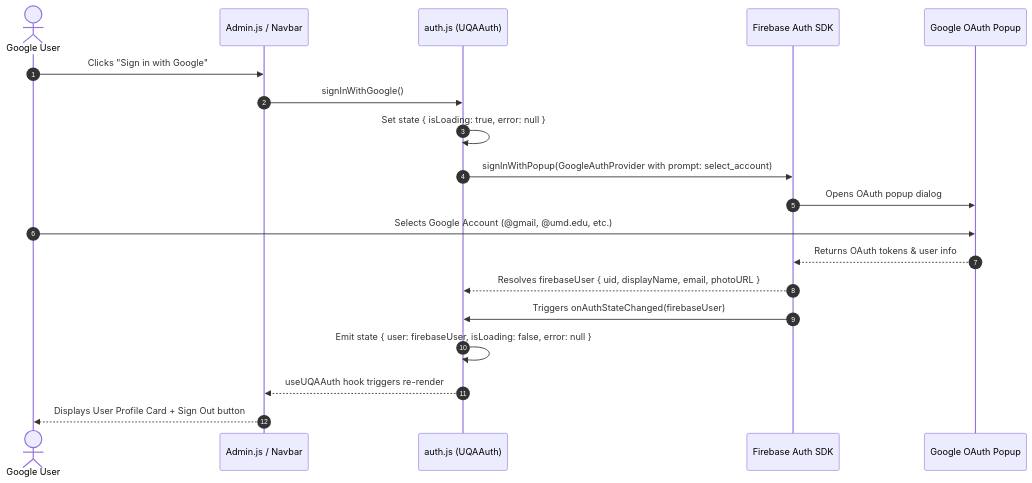
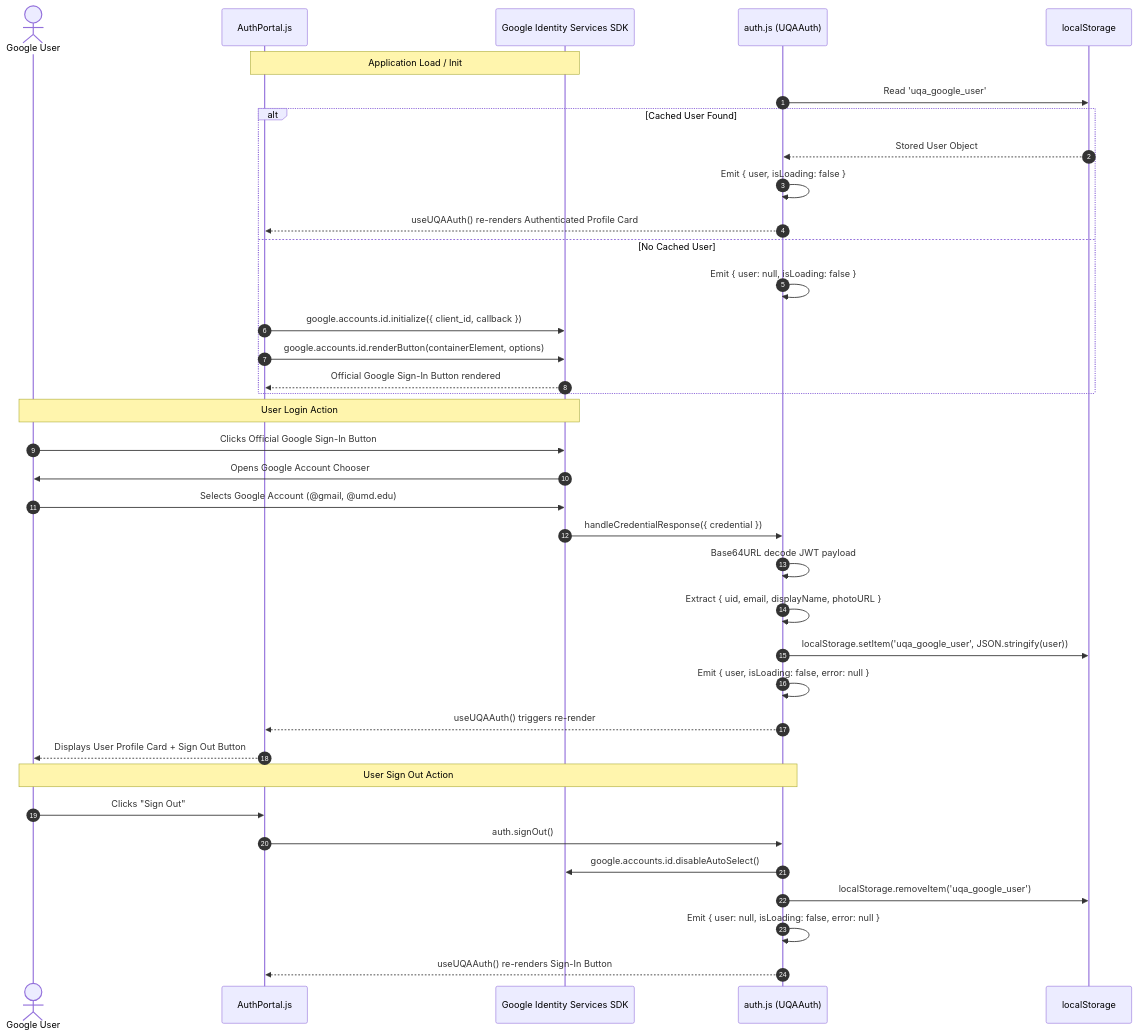
One commit to umd-uqa/umd-uqa.github.io changed the second of 2 diagrams in plans/google-auth-integration.md. Above: the diagram before and after it, drawn with Mermaid. The commit also changed other lines of this file, not shown here.

Commit message:
docs(plans): update google-auth-integration plan for pure GIS with zero firebase

````diff
--- a/plans/google-auth-integration.md
+++ b/plans/google-auth-integration.md
@@ -64,22 +72,42 @@
 ```mermaid
 sequenceDiagram
     autonumber
     actor User as Google User
-    participant UI as Admin.js / Navbar
+    participant UI as AuthPortal.js
+    participant GIS as Google Identity Services SDK
     participant Auth as auth.js (UQAAuth)
-    participant SDK as Firebase Auth SDK
-    participant Google as Google OAuth Popup
+    participant Storage as localStorage
 
-    User->>UI: Clicks "Sign in with Google"
-    UI->>Auth: signInWithGoogle()
-    Auth->>Auth: Set state { isLoading: true, error: null }
-    Auth->>SDK: signInWithPopup(GoogleAuthProvider with prompt: select_account)
-    SDK->>Google: Opens OAuth popup dialog
-    User->>Google: Selects Google Account (@gmail, @umd.edu, etc.)
-    Google-->>SDK: Returns OAuth tokens & user info
-    SDK-->>Auth: Resolves firebaseUser { uid, displayName, email, photoURL }
-    SDK->>Auth: Triggers onAuthStateChanged(firebaseUser)
-    Auth->>Auth: Emit state { user: firebaseUser, isLoading: false, error: null }
-    Auth-->>UI: useUQAAuth hook triggers re-render
-    UI-->>User: Displays User Profile Card + Sign Out button
+    Note over UI,GIS: Application Load / Init
+    Auth->>Storage: Read 'uqa_google_user'
+    alt Cached User Found
+        Storage-->>Auth: Stored User Object
+        Auth->>Auth: Emit { user, isLoading: false }
+        Auth-->>UI: useUQAAuth() re-renders Authenticated Profile Card
+    else No Cached User
+        Auth->>Auth: Emit { user: null, isLoading: false }
+        UI->>GIS: google.accounts.id.initialize({ client_id, callback })
+        UI->>GIS: google.accounts.id.renderButton(containerElement, options)
+        GIS-->>UI: Official Google Sign-In Button rendered
+    end
+
+    Note over User,GIS: User Login Action
+    User->>GIS: Clicks Official Google Sign-In Button
+    GIS->>User: Opens Google Account Chooser
+    User->>GIS: Selects Google Account (@gmail, @umd.edu)
+    GIS->>Auth: handleCredentialResponse({ credential })
+    Auth->>Auth: Base64URL decode JWT payload
+    Auth->>Auth: Extract { uid, email, displayName, photoURL }
+    Auth->>Storage: localStorage.setItem('uqa_google_user', JSON.stringify(user))
+    Auth->>Auth: Emit { user, isLoading: false, error: null }
+    Auth-->>UI: useUQAAuth() triggers re-render
+    UI-->>User: Displays User Profile Card + Sign Out Button
+
+    Note over User,Auth: User Sign Out Action
+    User->>UI: Clicks "Sign Out"
+    UI->>Auth: auth.signOut()
+    Auth->>GIS: google.accounts.id.disableAutoSelect()
+    Auth->>Storage: localStorage.removeItem('uqa_google_user')
+    Auth->>Auth: Emit { user: null, isLoading: false, error: null }
+    Auth-->>UI: useUQAAuth() re-renders Sign-In Button
 ```
````
